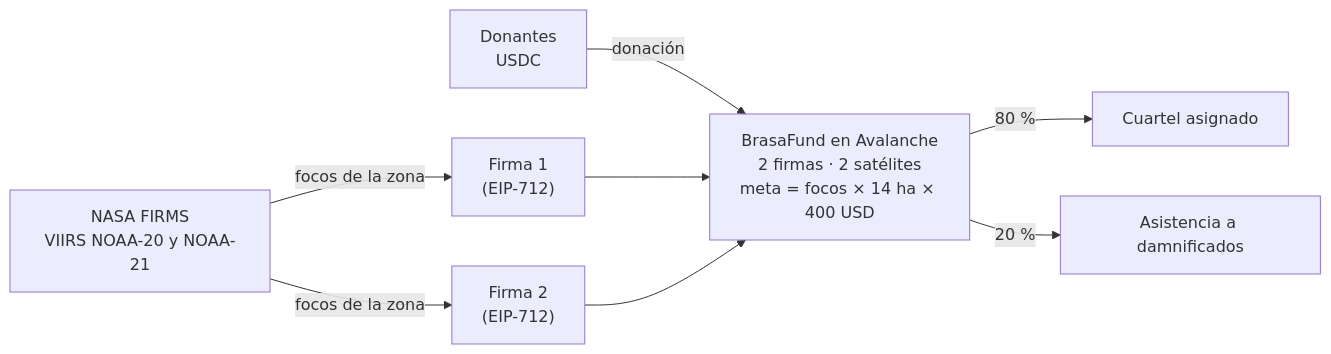
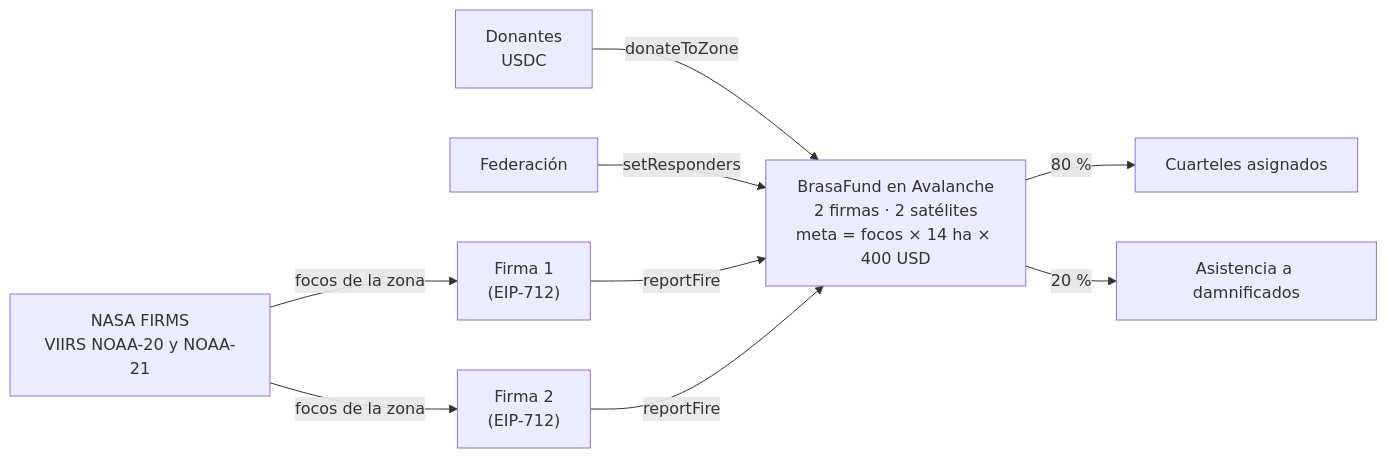
Before and after one commit to jfacundoayala/brasa: the diagram in README.md, drawn with Mermaid. The commit also changed other lines of this file, not shown here.

````diff
--- a/README.md
+++ b/README.md
@@ -73,10 +98,11 @@
 ```mermaid
 flowchart LR
   N["NASA FIRMS<br/>VIIRS NOAA-20 y NOAA-21"] -->|focos de la zona| O0["Firma 1<br/>(EIP-712)"]
   N -->|focos de la zona| O1["Firma 2<br/>(EIP-712)"]
-  D["Donantes<br/>USDC"] -->|donación| F
-  O0 --> F["BrasaFund en Avalanche<br/>2 firmas · 2 satélites<br/>meta = focos × 14 ha × 400 USD"]
-  O1 --> F
-  F -->|80 %| C["Cuartel asignado"]
+  D["Donantes<br/>USDC"] -->|donateToZone| F
+  FED["Federación"] -->|setResponders| F
+  O0 -->|reportFire| F["BrasaFund en Avalanche<br/>2 firmas · 2 satélites<br/>meta = focos × 14 ha × 400 USD"]
+  O1 -->|reportFire| F
+  F -->|80 %| C["Cuarteles asignados"]
   F -->|20 %| E["Asistencia a damnificados"]
 ```
````
